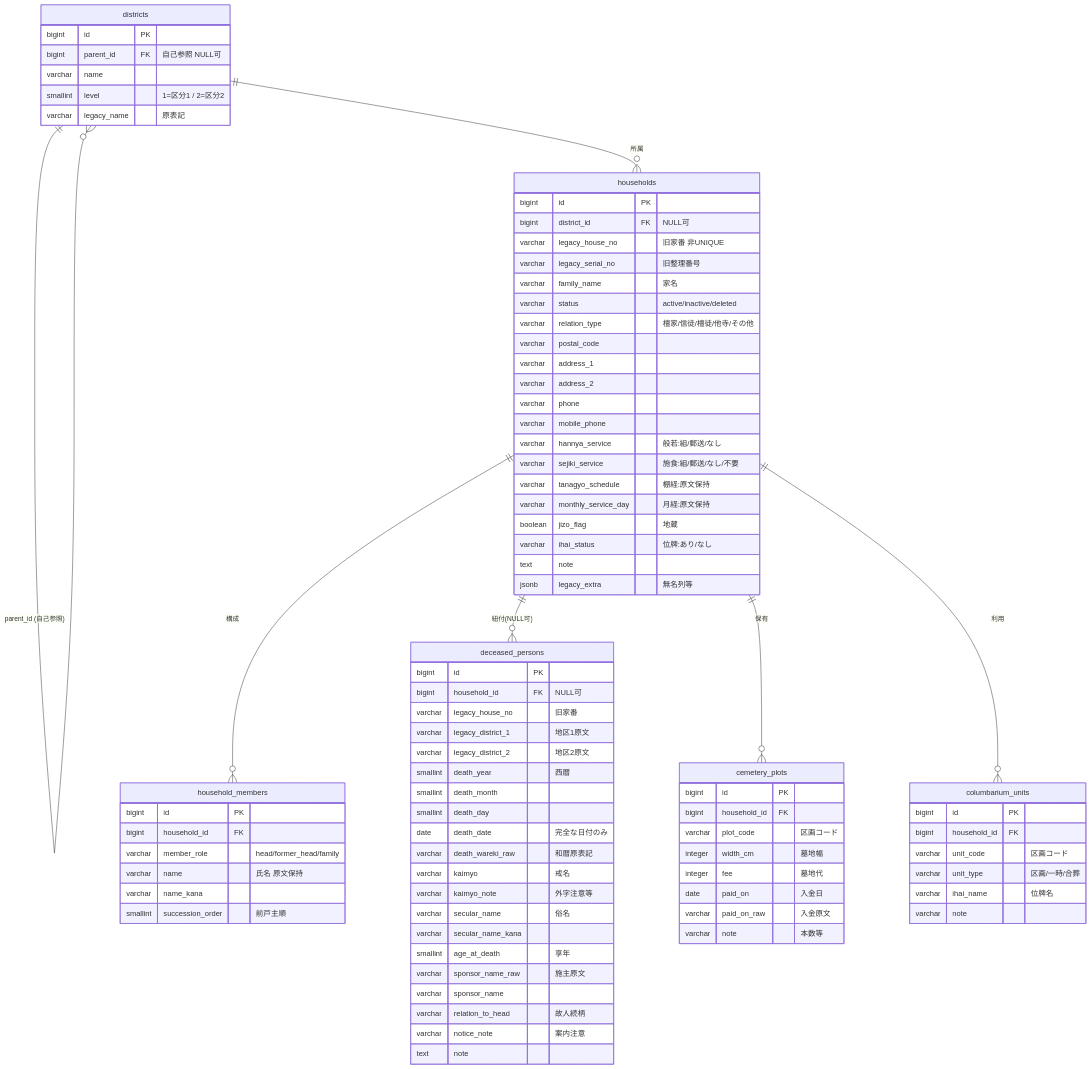
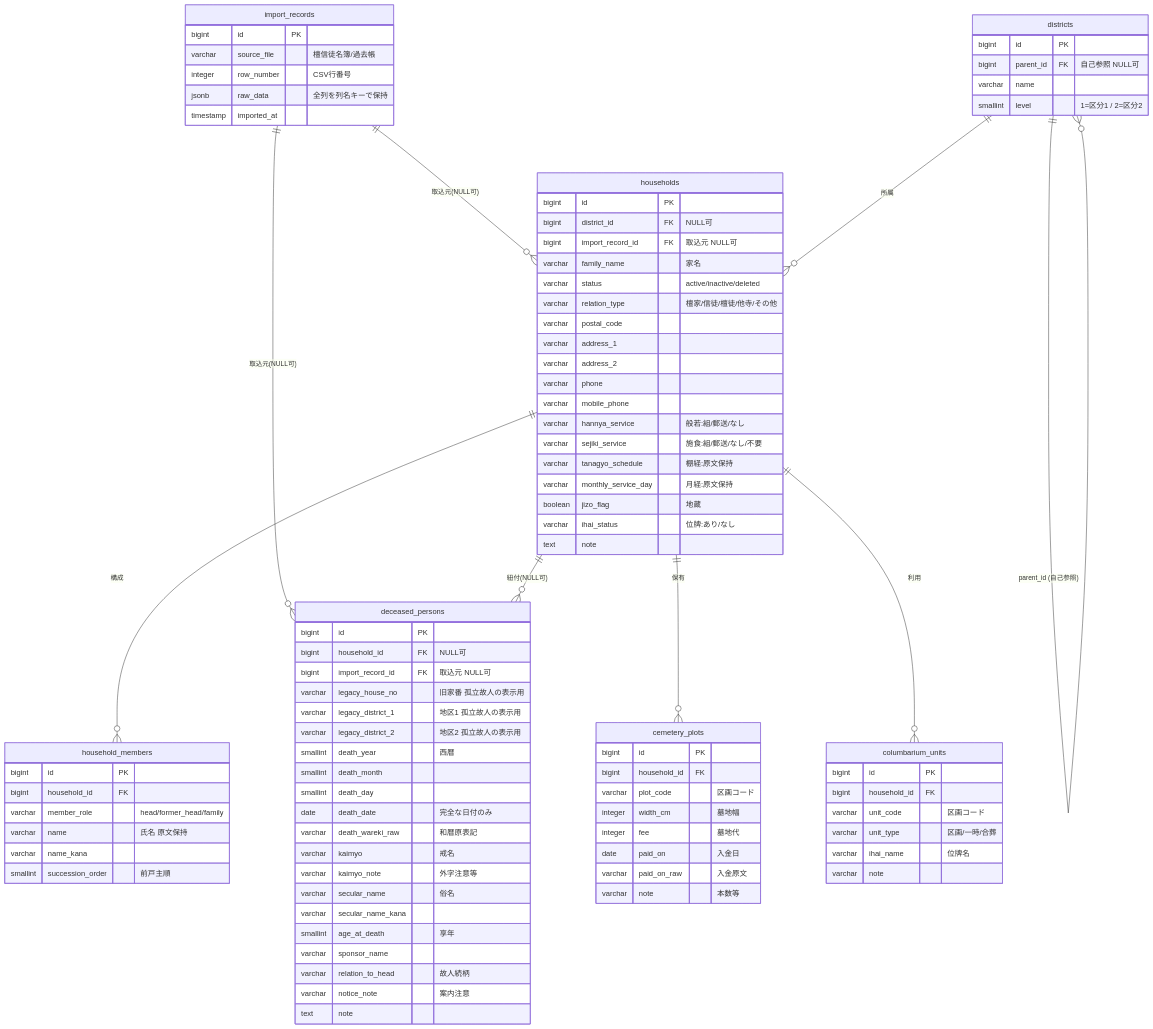
Before and after one commit to YudaiNoda3576/rinshouji-app: the diagram in 設計書/DB設計/データモデル設計.md, drawn with Mermaid. The commit also changed other lines of this file and 3 other files, not shown here.

````diff
--- a/設計書/DB設計/データモデル設計.md
+++ b/設計書/DB設計/データモデル設計.md
@@ -28,5 +29,7 @@
 ```mermaid
 erDiagram
+    import_records ||--o{ households : "取込元(NULL可)"
+    import_records ||--o{ deceased_persons : "取込元(NULL可)"
     districts ||--o{ districts : "parent_id (自己参照)"
     districts ||--o{ households : "所属"
     households ||--o{ household_members : "構成"
@@ -34,18 +37,23 @@
     households ||--o{ cemetery_plots : "保有"
     households ||--o{ columbarium_units : "利用"
 
+    import_records {
+        bigint id PK
+        varchar source_file "檀信徒名簿/過去帳"
+        integer row_number "CSV行番号"
+        jsonb raw_data "全列を列名キーで保持"
+        timestamp imported_at
+    }
     districts {
         bigint id PK
         bigint parent_id FK "自己参照 NULL可"
         varchar name
         smallint level "1=区分1 / 2=区分2"
-        varchar legacy_name "原表記"
     }
     households {
         bigint id PK
         bigint district_id FK "NULL可"
-        varchar legacy_house_no "旧家番 非UNIQUE"
-        varchar legacy_serial_no "旧整理番号"
+        bigint import_record_id FK "取込元 NULL可"
         varchar family_name "家名"
         varchar status "active/inactive/deleted"
         varchar relation_type "檀家/信徒/檀徒/他寺/その他"
@@ -61,7 +69,6 @@
         boolean jizo_flag "地蔵"
         varchar ihai_status "位牌:あり/なし"
         text note
-        jsonb legacy_extra "無名列等"
     }
     household_members {
         bigint id PK
@@ -74,9 +81,10 @@
     deceased_persons {
         bigint id PK
         bigint household_id FK "NULL可"
-        varchar legacy_house_no "旧家番"
-        varchar legacy_district_1 "地区1原文"
-        varchar legacy_district_2 "地区2原文"
+        bigint import_record_id FK "取込元 NULL可"
+        varchar legacy_house_no "旧家番 孤立故人の表示用"
+        varchar legacy_district_1 "地区1 孤立故人の表示用"
+        varchar legacy_district_2 "地区2 孤立故人の表示用"
         smallint death_year "西暦"
         smallint death_month
         smallint death_day
@@ -87,7 +95,6 @@
         varchar secular_name "俗名"
         varchar secular_name_kana
         smallint age_at_death "享年"
-        varchar sponsor_name_raw "施主原文"
         varchar sponsor_name
         varchar relation_to_head "故人続柄"
         varchar notice_note "案内注意"
````
